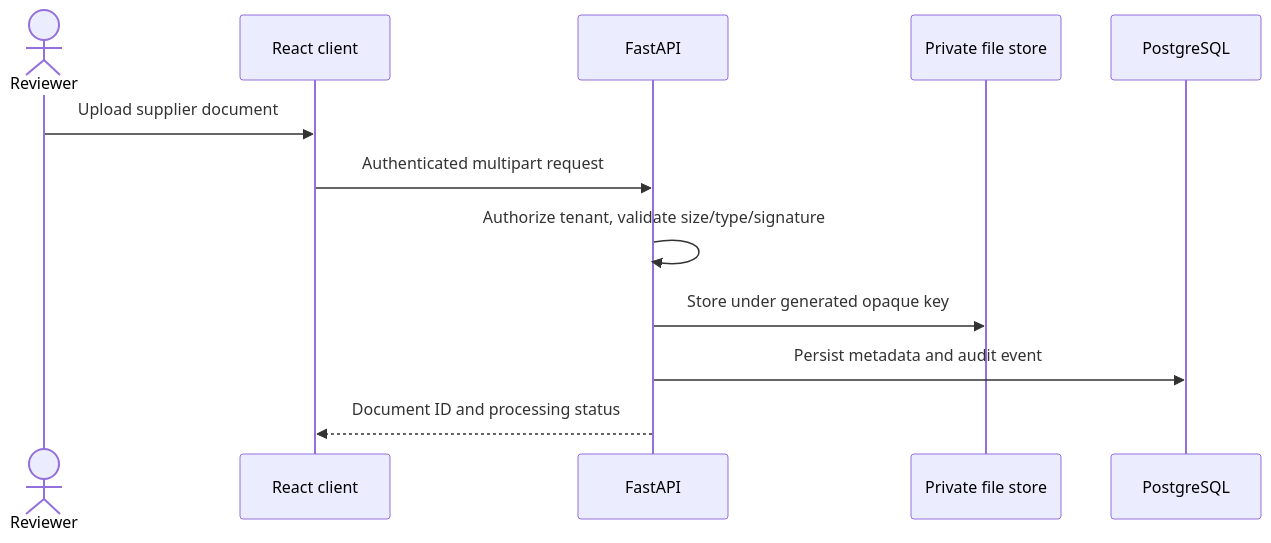
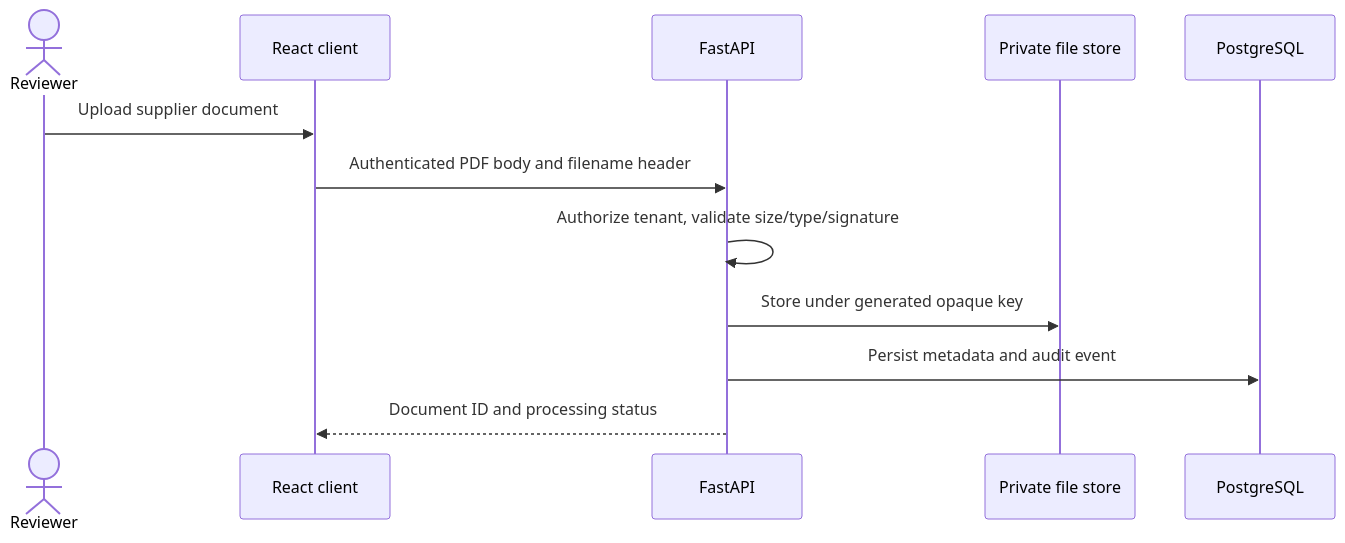
One commit to rajaryan1111/vendorproof-ai changed the second of 2 diagrams in ARCHITECTURE.md. Above: the diagram before and after it, drawn with Mermaid. The commit also changed other lines of this file and 24 other files, not shown here.

````diff
--- a/ARCHITECTURE.md
+++ b/ARCHITECTURE.md
@@ -21,14 +21,14 @@
 ```mermaid
 sequenceDiagram
   actor Reviewer
   participant Web as React client
   participant API as FastAPI
   participant Store as Private file store
   participant DB as PostgreSQL
   Reviewer->>Web: Upload supplier document
-  Web->>API: Authenticated multipart request
+  Web->>API: Authenticated PDF body and filename header
   API->>API: Authorize tenant, validate size/type/signature
   API->>Store: Store under generated opaque key
   API->>DB: Persist metadata and audit event
   API-->>Web: Document ID and processing status
 ```
````
